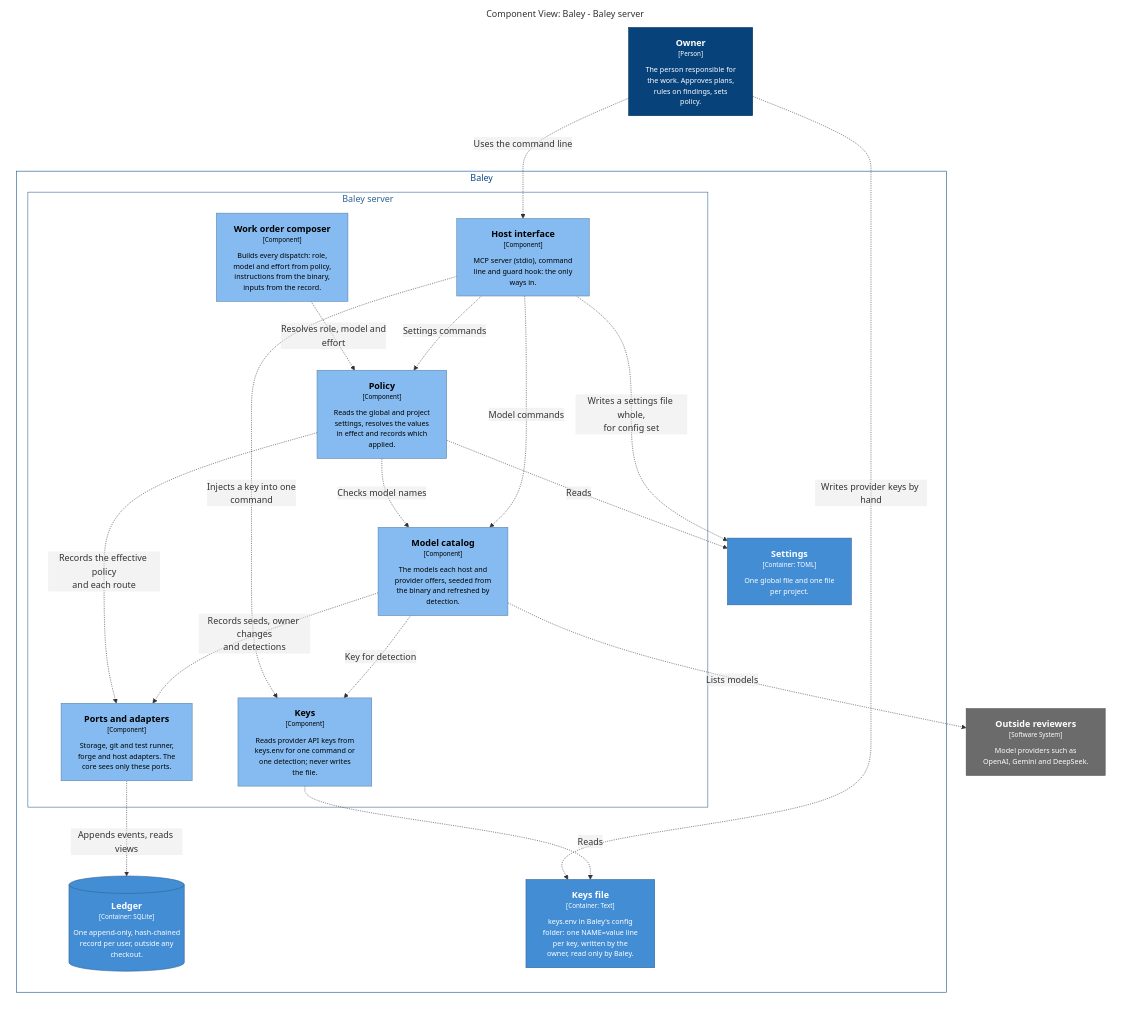
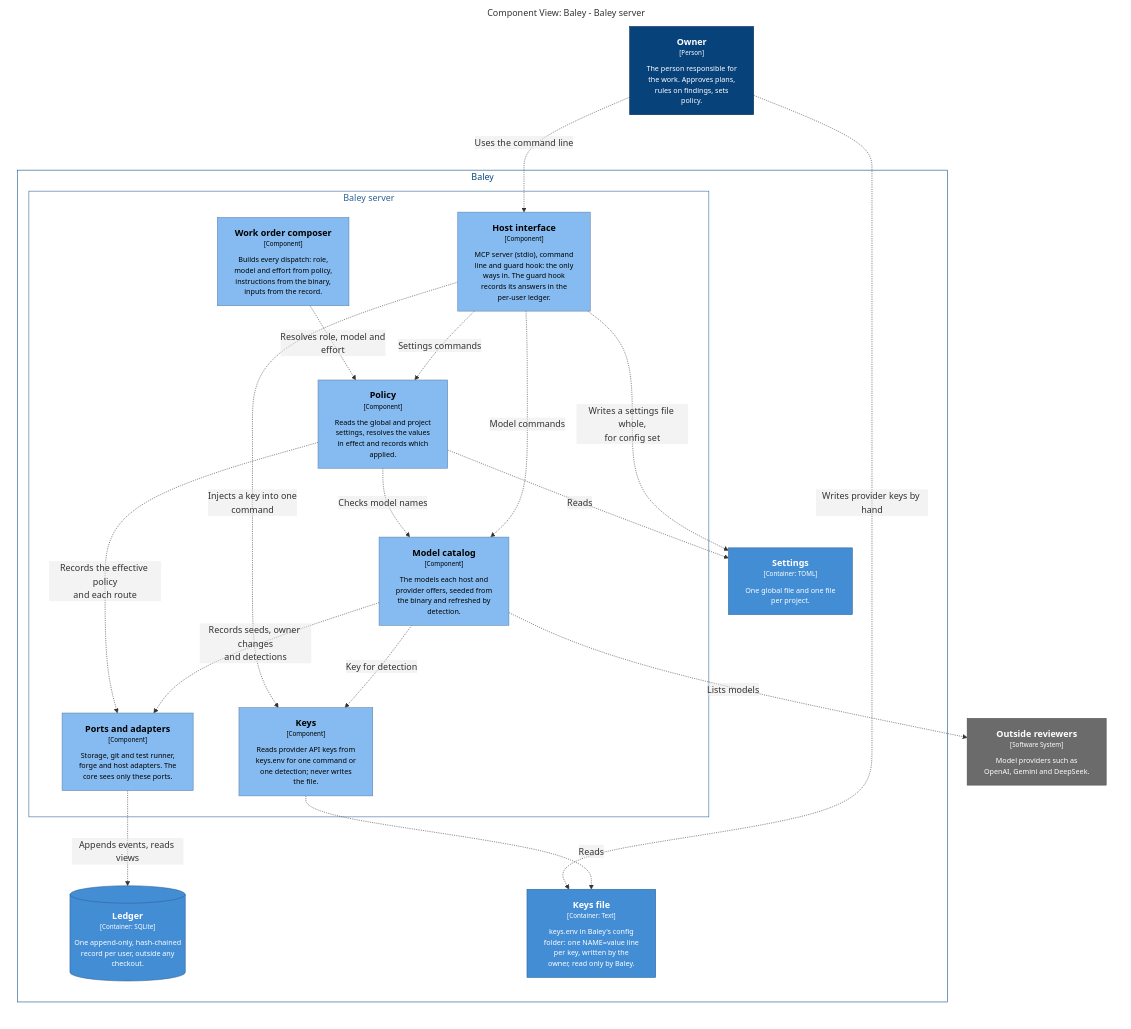
The first of 7 diagrams in docs/design/0003-configuration-and-routing.md (crenshawdev/baley), drawn with Mermaid before and after one commit. The commit also changed 3 other files, not shown here.

First line of the commit message:
docs(design): draw the pre-tool hook as its own way into Baley

````diff
--- a/docs/design/0003-configuration-and-routing.md
+++ b/docs/design/0003-configuration-and-routing.md
@@ -28,59 +28,59 @@
 ```mermaid
 graph LR
   linkStyle default fill:none
 
   subgraph diagram ["Component View: Baley - Baley server"]
     style diagram fill:none,stroke:none
 
     1["<div style='font-weight: bold'>Owner</div><div style='font-size: 70%; margin-top: 0px'>[Person]</div><div style='font-size: 80%; margin-top:10px'>The person responsible for<br />the work. Approves plans,<br />rules on findings, sets<br />policy.</div>"]
     style 1 fill:#08427b,stroke:#052e56,color:#ffffff
 
     18["<div style='font-weight: bold'>Outside reviewers</div><div style='font-size: 70%; margin-top: 0px'>[Software System]</div><div style='font-size: 80%; margin-top:10px'>Model providers such as<br />OpenAI, Gemini and DeepSeek.</div>"]
     style 18 fill:#6b6b6b,stroke:#4d4d4d,color:#ffffff
 
     subgraph 2 ["Baley"]
       style 2 fill:none,stroke:#0b4884,color:#0b4884
 
       subgraph 3 ["Baley server"]
         style 3 fill:none,stroke:#2e6295,color:#2e6295
 
         10["<div style='font-weight: bold'>Model catalog</div><div style='font-size: 70%; margin-top: 0px'>[Component]</div><div style='font-size: 80%; margin-top:10px'>The models each host and<br />provider offers, seeded from<br />the binary and refreshed by<br />detection.</div>"]
         style 10 fill:#85bbf0,stroke:#5d82a8,color:#000000
         11["<div style='font-weight: bold'>Ports and adapters</div><div style='font-size: 70%; margin-top: 0px'>[Component]</div><div style='font-size: 80%; margin-top:10px'>Storage, git and test runner,<br />forge and host adapters. The<br />core sees only these ports.</div>"]
         style 11 fill:#85bbf0,stroke:#5d82a8,color:#000000
-        4["<div style='font-weight: bold'>Host interface</div><div style='font-size: 70%; margin-top: 0px'>[Component]</div><div style='font-size: 80%; margin-top:10px'>MCP server (stdio), command<br />line and guard hook: the only<br />ways in.</div>"]
+        4["<div style='font-weight: bold'>Host interface</div><div style='font-size: 70%; margin-top: 0px'>[Component]</div><div style='font-size: 80%; margin-top:10px'>MCP server (stdio), command<br />line and guard hook: the only<br />ways in. The guard hook<br />records its answers in the<br />per-user ledger.</div>"]
         style 4 fill:#85bbf0,stroke:#5d82a8,color:#000000
         7["<div style='font-weight: bold'>Work order composer</div><div style='font-size: 70%; margin-top: 0px'>[Component]</div><div style='font-size: 80%; margin-top:10px'>Builds every dispatch: role,<br />model and effort from policy,<br />instructions from the binary,<br />inputs from the record.</div>"]
         style 7 fill:#85bbf0,stroke:#5d82a8,color:#000000
         8["<div style='font-weight: bold'>Policy</div><div style='font-size: 70%; margin-top: 0px'>[Component]</div><div style='font-size: 80%; margin-top:10px'>Reads the global and project<br />settings, resolves the values<br />in effect and records which<br />applied.</div>"]
         style 8 fill:#85bbf0,stroke:#5d82a8,color:#000000
         9["<div style='font-weight: bold'>Keys</div><div style='font-size: 70%; margin-top: 0px'>[Component]</div><div style='font-size: 80%; margin-top:10px'>Reads provider API keys from<br />keys.env for one command or<br />one detection; never writes<br />the file.</div>"]
         style 9 fill:#85bbf0,stroke:#5d82a8,color:#000000
       end
 
       12[("<div style='font-weight: bold'>Ledger</div><div style='font-size: 70%; margin-top: 0px'>[Container: SQLite]</div><div style='font-size: 80%; margin-top:10px'>One append-only, hash-chained<br />record per user, outside any<br />checkout.</div>")]
       style 12 fill:#438dd5,stroke:#2e6295,color:#ffffff
       13["<div style='font-weight: bold'>Settings</div><div style='font-size: 70%; margin-top: 0px'>[Container: TOML]</div><div style='font-size: 80%; margin-top:10px'>One global file and one file<br />per project.</div>"]
       style 13 fill:#438dd5,stroke:#2e6295,color:#ffffff
       14["<div style='font-weight: bold'>Keys file</div><div style='font-size: 70%; margin-top: 0px'>[Container: Text]</div><div style='font-size: 80%; margin-top:10px'>keys.env in Baley's config<br />folder: one NAME=value line<br />per key, written by the<br />owner, read only by Baley.</div>"]
       style 14 fill:#438dd5,stroke:#2e6295,color:#ffffff
     end
 
     1-. "<div>Uses the command line</div><div style='font-size: 70%'></div>" .->4
     1-. "<div>Writes provider keys by hand</div><div style='font-size: 70%'></div>" .->14
     7-. "<div>Resolves role, model and<br />effort</div><div style='font-size: 70%'></div>" .->8
     8-. "<div>Reads</div><div style='font-size: 70%'></div>" .->13
     4-. "<div>Writes a settings file whole,<br />for config set</div><div style='font-size: 70%'></div>" .->13
     8-. "<div>Checks model names</div><div style='font-size: 70%'></div>" .->10
     8-. "<div>Records the effective policy<br />and each route</div><div style='font-size: 70%'></div>" .->11
     4-. "<div>Settings commands</div><div style='font-size: 70%'></div>" .->8
     4-. "<div>Model commands</div><div style='font-size: 70%'></div>" .->10
     4-. "<div>Injects a key into one<br />command</div><div style='font-size: 70%'></div>" .->9
     9-. "<div>Reads</div><div style='font-size: 70%'></div>" .->14
     10-. "<div>Key for detection</div><div style='font-size: 70%'></div>" .->9
     10-. "<div>Lists models</div><div style='font-size: 70%'></div>" .->18
     10-. "<div>Records seeds, owner changes<br />and detections</div><div style='font-size: 70%'></div>" .->11
     11-. "<div>Appends events, reads views</div><div style='font-size: 70%'></div>" .->12
 
   end
 ```
````
